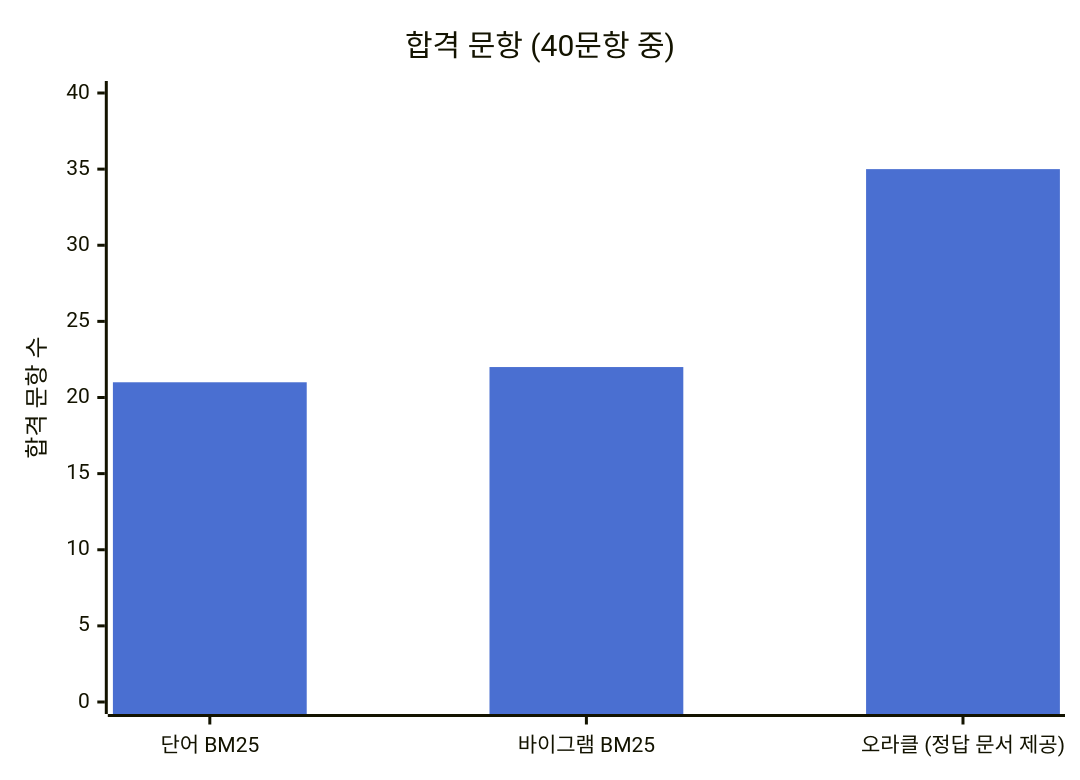
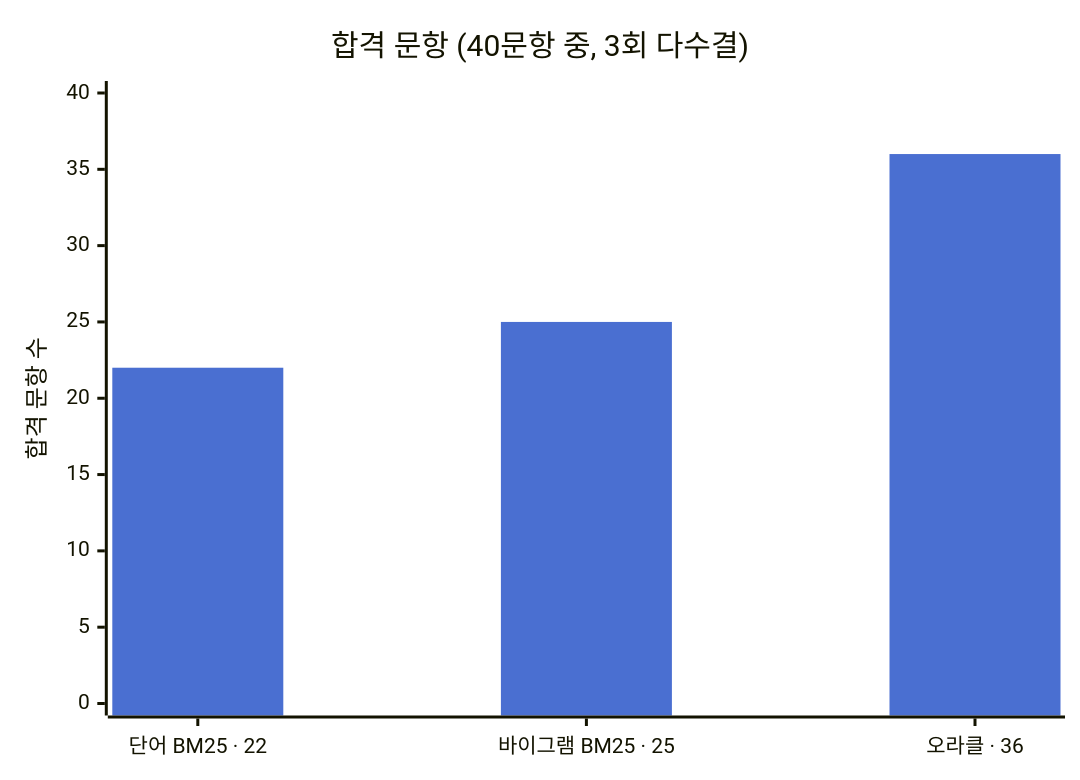
Before and after one commit to ottoohan/career-portfolio: the diagram in 4-qa-playbook/img/src/06-result.mmd, drawn with Mermaid. The commit also changed 33 other files, not shown here.

```diff
--- a/4-qa-playbook/img/src/06-result.mmd
+++ b/4-qa-playbook/img/src/06-result.mmd
@@ -1,6 +1,6 @@
 %%{init: {"themeVariables": {"xyChart": {"plotColorPalette": "#4a6fd1"}}}}%%
 xychart-beta
-  title "합격 문항 (40문항 중)"
-  x-axis ["단어 BM25", "바이그램 BM25", "오라클 (정답 문서 제공)"]
+  title "합격 문항 (40문항 중, 3회 다수결)"
+  x-axis ["단어 BM25 · 22", "바이그램 BM25 · 25", "오라클 · 36"]
   y-axis "합격 문항 수" 0 --> 40
-  bar [21, 22, 35]
+  bar [22, 25, 36]
```
